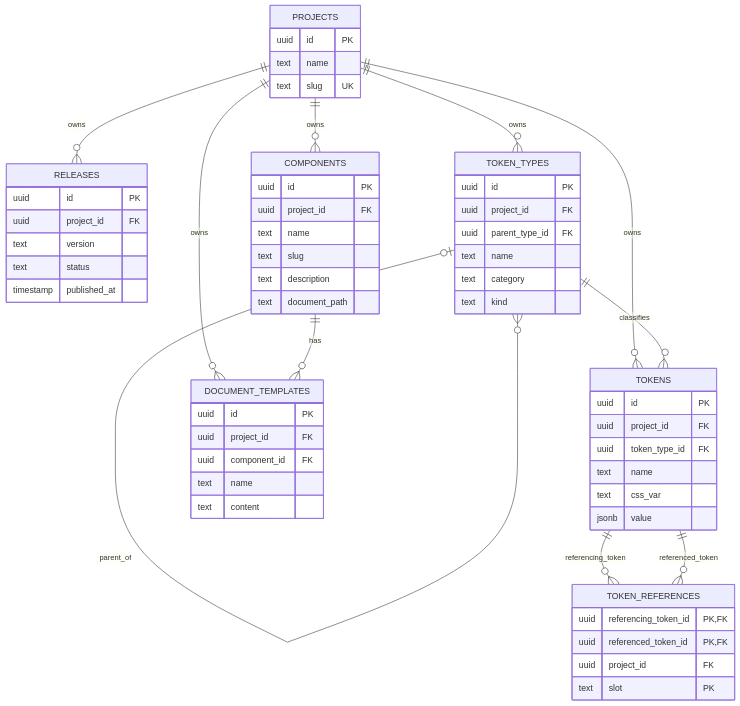
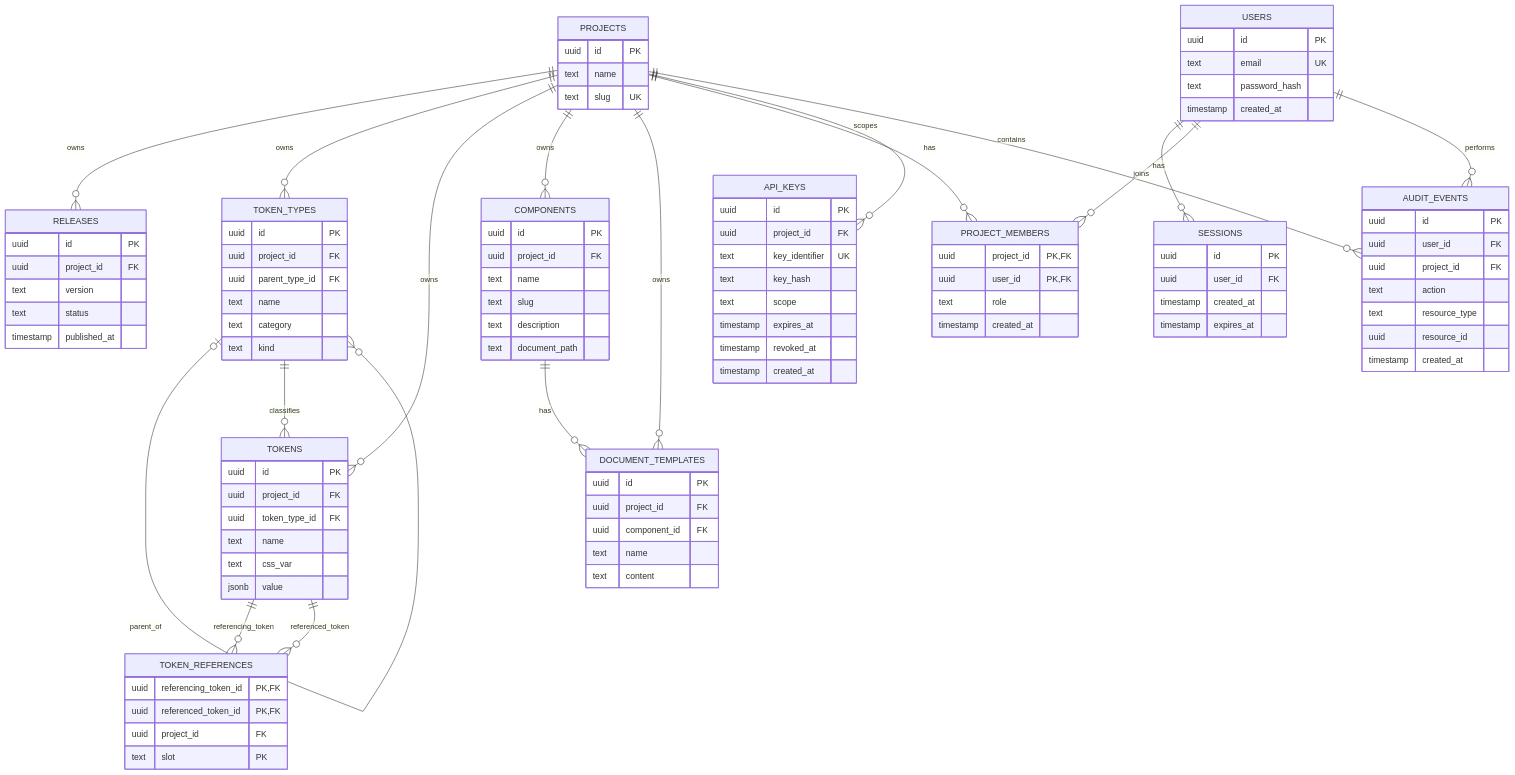
The diagram in docs/database/er-model.md (JinKim1011/dso), drawn with Mermaid before and after one commit. The commit also changed other lines of this file, not shown here.

Commit message:
doc(er-model): add security schema and relationships for users, sessions, project members, API keys, and audit events

```diff
--- a/docs/database/er-model.md
+++ b/docs/database/er-model.md
@@ -9,6 +9,9 @@
     PROJECTS ||--o{ TOKENS : owns
     PROJECTS ||--o{ COMPONENTS : owns
     PROJECTS ||--o{ DOCUMENT_TEMPLATES : owns
+    PROJECTS ||--o{ PROJECT_MEMBERS : has
+    PROJECTS ||--o{ API_KEYS : scopes
+    PROJECTS ||--o{ AUDIT_EVENTS : contains
 
     TOKEN_TYPES o|--o{ TOKEN_TYPES : parent_of
     TOKEN_TYPES ||--o{ TOKENS : classifies
@@ -17,11 +20,21 @@
     TOKENS ||--o{ TOKEN_REFERENCES : referenced_token
 
     COMPONENTS ||--o{ DOCUMENT_TEMPLATES : has
+    USERS ||--o{ SESSIONS : has
+    USERS ||--o{ PROJECT_MEMBERS : joins
+    USERS ||--o{ AUDIT_EVENTS : performs
 
     PROJECTS {
         uuid id PK
         text name
         text slug UK
+    }
+
+    USERS {
+        uuid id PK
+        text email UK
+        text password_hash
+        timestamp created_at
     }
 
     RELEASES {
@@ -30,6 +43,41 @@
         text version
         text status
         timestamp published_at
+    }
+
+    SESSIONS {
+        uuid id PK
+        uuid user_id FK
+        timestamp created_at
+        timestamp expires_at
+    }
+
+    PROJECT_MEMBERS {
+        uuid project_id PK, FK
+        uuid user_id PK, FK
+        text role
+        timestamp created_at
+    }
+
+    API_KEYS {
+        uuid id PK
+        uuid project_id FK
+        text key_identifier UK
+        text key_hash
+        text scope
+        timestamp expires_at
+        timestamp revoked_at
+        timestamp created_at
+    }
+
+    AUDIT_EVENTS {
+        uuid id PK
+        uuid user_id FK
+        uuid project_id FK
+        text action
+        text resource_type
+        uuid resource_id
+        timestamp created_at
     }
 
     TOKEN_TYPES {
```
